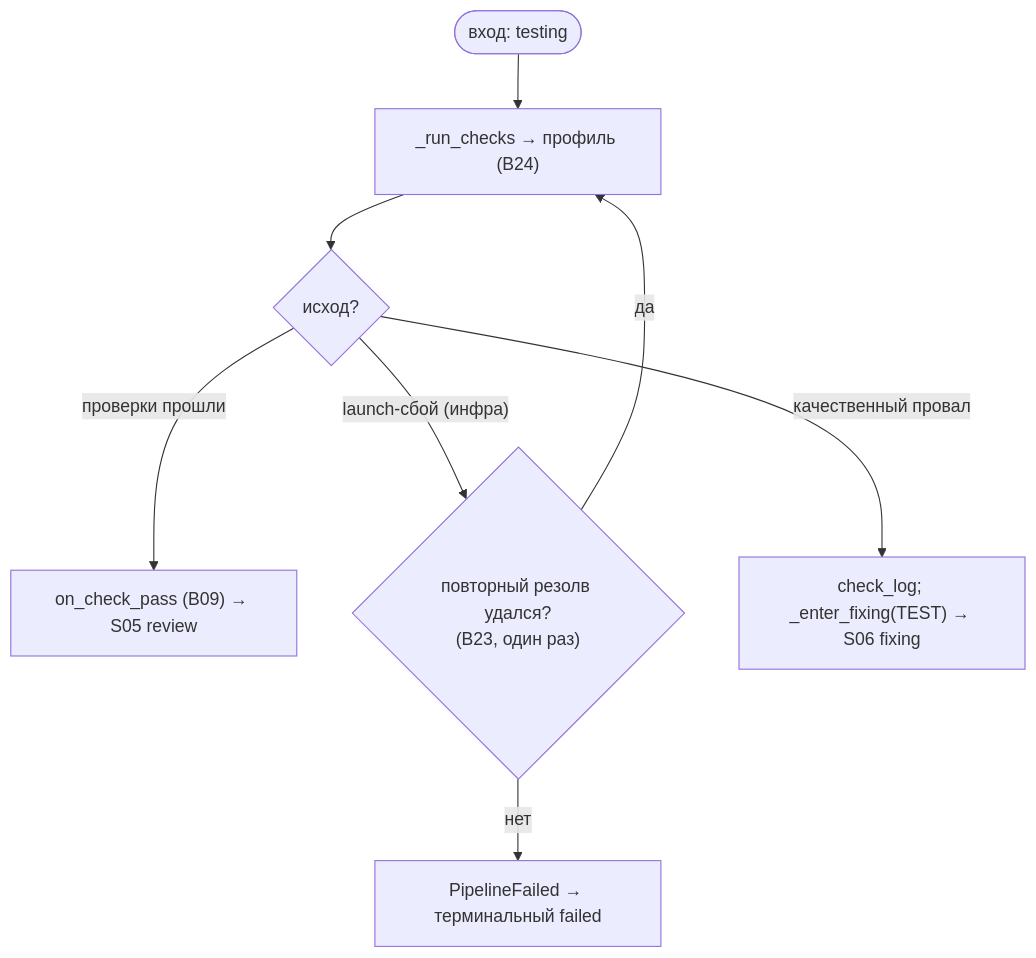
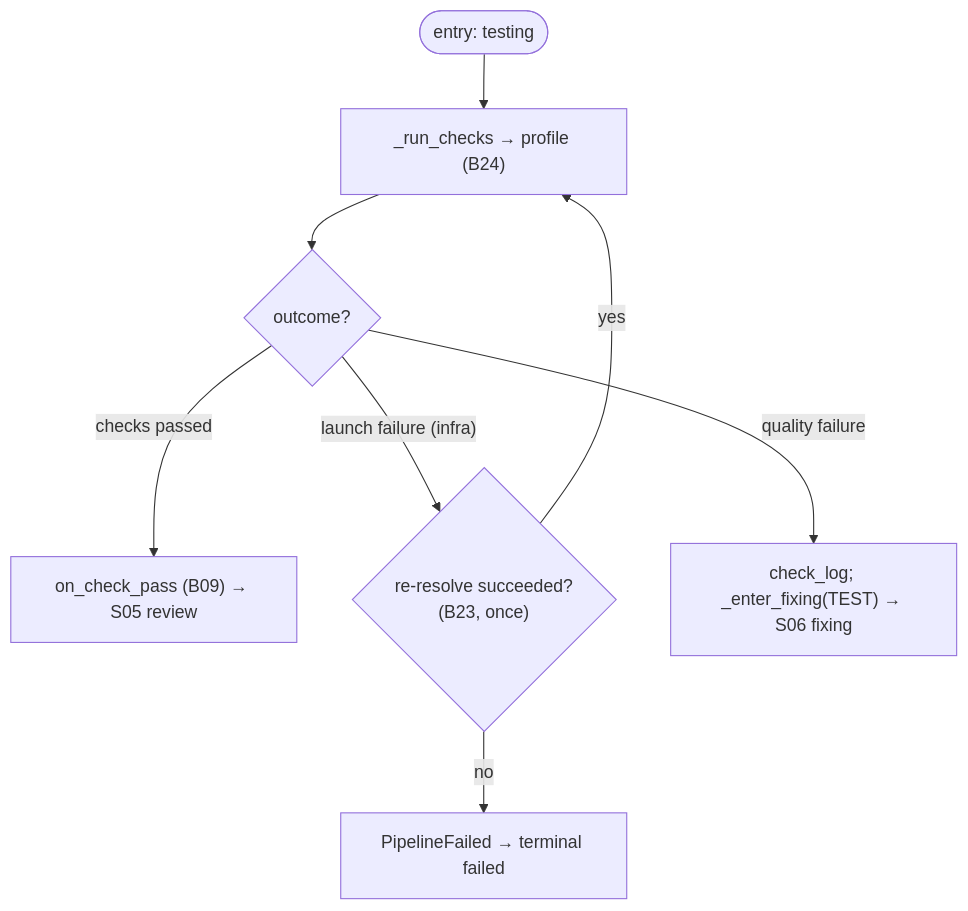
One commit to VladimirMakarevich/wastech-orchestrator changed the diagram in docs/functional/flows/coding/S04-testing.md. Above: the diagram before and after it, drawn with Mermaid. The commit also changed other lines of this file and 41 other files, not shown here.

Commit message:
docs: translate system flows documentation from Russian to English, ensuring clarity and consistency in terminology. Update sequence diagrams and flowcharts to reflect the changes in language. Maintain the structure and references to blocks for ease of navigation.

````diff
--- a/docs/functional/flows/coding/S04-testing.md
+++ b/docs/functional/flows/coding/S04-testing.md
@@ -38,10 +38,10 @@
 ```mermaid
 flowchart TB
-    start(["вход: testing"]) --> run["_run_checks → профиль (B24)"]
-    run --> r{"исход?"}
-    r -->|проверки прошли| pass["on_check_pass (B09) → S05 review"]
-    r -->|"launch-сбой (инфра)"| rr{"повторный резолв удался?<br/>(B23, один раз)"}
-    rr -->|да| run
-    rr -->|нет| fail["PipelineFailed → терминальный failed"]
-    r -->|качественный провал| fix["check_log; _enter_fixing(TEST) → S06 fixing"]
+    start(["entry: testing"]) --> run["_run_checks → profile (B24)"]
+    run --> r{"outcome?"}
+    r -->|checks passed| pass["on_check_pass (B09) → S05 review"]
+    r -->|"launch failure (infra)"| rr{"re-resolve succeeded?<br/>(B23, once)"}
+    rr -->|yes| run
+    rr -->|no| fail["PipelineFailed → terminal failed"]
+    r -->|quality failure| fix["check_log; _enter_fixing(TEST) → S06 fixing"]
 ```
````
